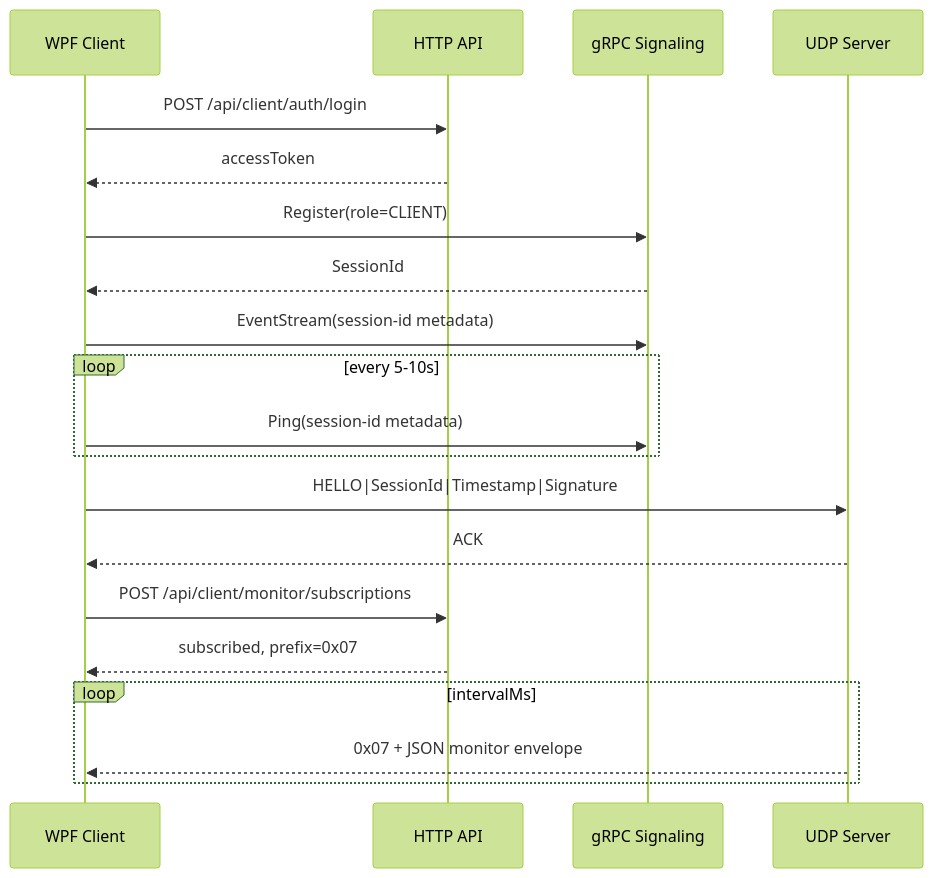
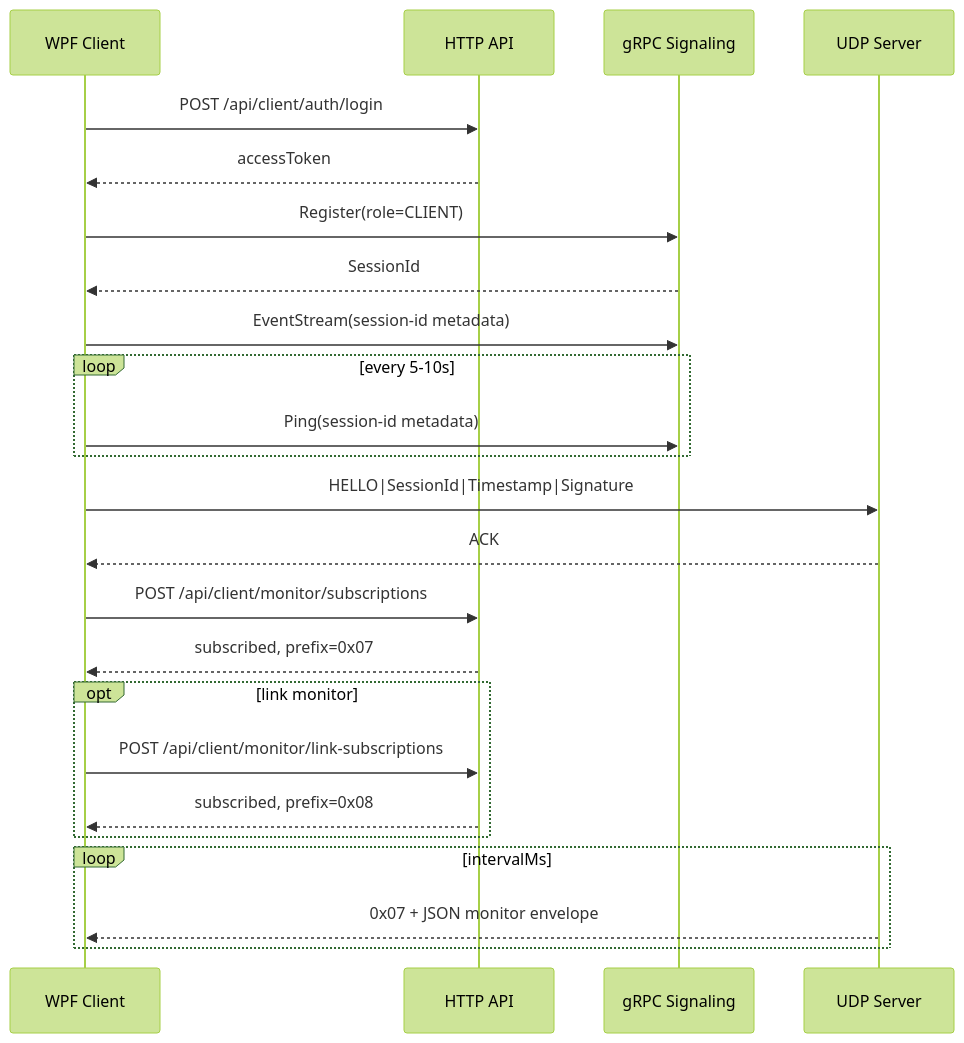
One commit to HuaSanly/GrpcHttp3Demo changed the diagram in Readme/WPF_GRPC_CLIENT_GUIDE.md. Above: the diagram before and after it, drawn with Mermaid (forest theme). The commit also changed other lines of this file and 25 other files, not shown here.

Commit message:
feat: split udp link monitor subscriptions and enrich link listing

````diff
--- a/Readme/WPF_GRPC_CLIENT_GUIDE.md
+++ b/Readme/WPF_GRPC_CLIENT_GUIDE.md
@@ -125,23 +125,27 @@
 ```mermaid
 sequenceDiagram
     participant WPF as WPF Client
     participant H as HTTP API
     participant G as gRPC Signaling
     participant U as UDP Server
 
     WPF->>H: POST /api/client/auth/login
     H-->>WPF: accessToken
     WPF->>G: Register(role=CLIENT)
     G-->>WPF: SessionId
     WPF->>G: EventStream(session-id metadata)
     loop every 5-10s
         WPF->>G: Ping(session-id metadata)
     end
     WPF->>U: HELLO|SessionId|Timestamp|Signature
     U-->>WPF: ACK
     WPF->>H: POST /api/client/monitor/subscriptions
     H-->>WPF: subscribed, prefix=0x07
+    opt link monitor
+      WPF->>H: POST /api/client/monitor/link-subscriptions
+      H-->>WPF: subscribed, prefix=0x08
+    end
     loop intervalMs
         U-->>WPF: 0x07 + JSON monitor envelope
     end
 ```
````
